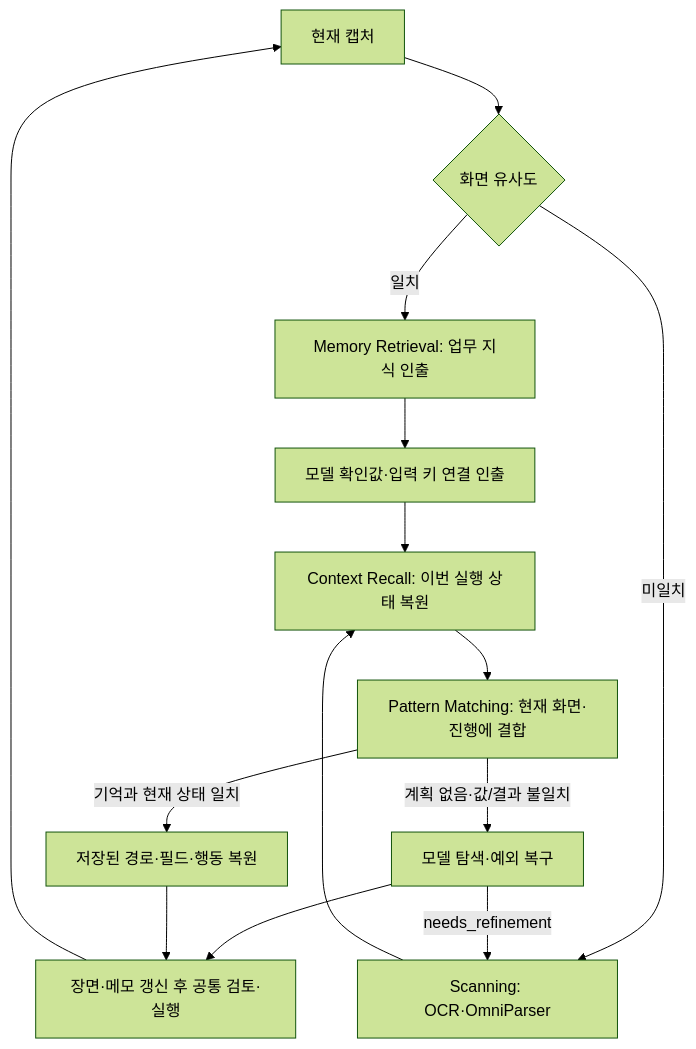
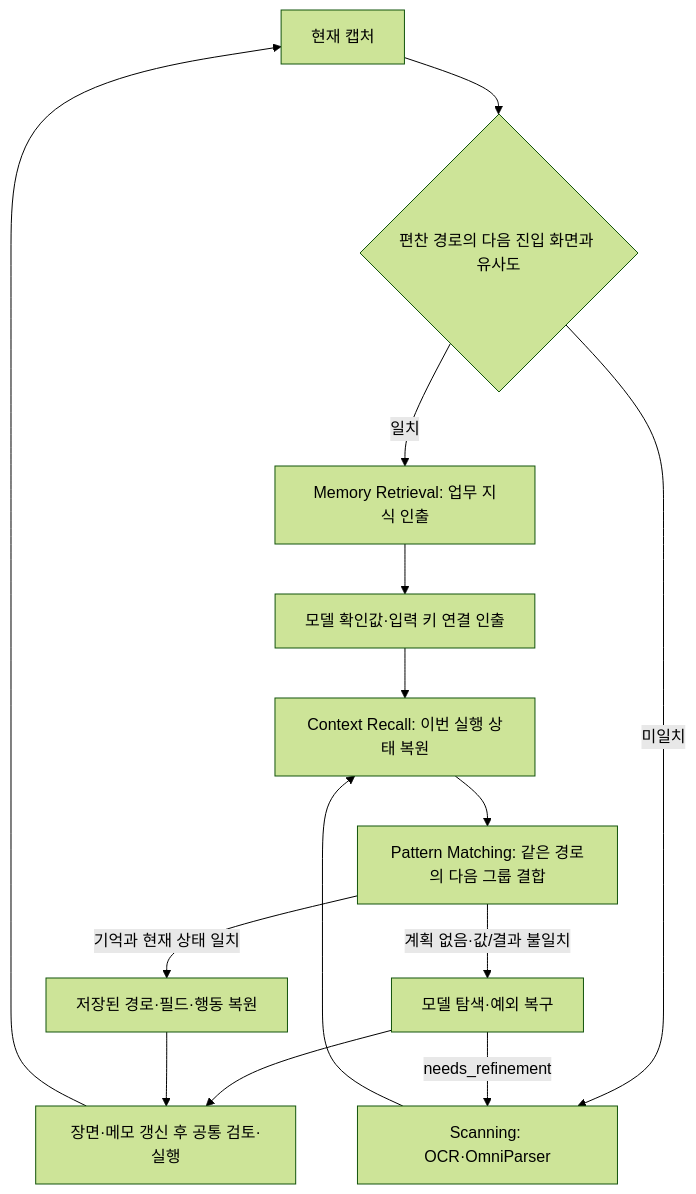
Before and after one commit to Dreamtreeme/agent-sawon: the third of 3 diagrams in docs/code-flow.md, drawn with Mermaid (forest theme). The commit also changed other lines of this file and 9 other files, not shown here.

````diff
--- a/docs/code-flow.md
+++ b/docs/code-flow.md
@@ -68,16 +68,16 @@
 ```mermaid
 flowchart TD
-    CAP[현재 캡처] --> SIM{화면 유사도}
+    CAP[현재 캡처] --> SIM{편찬 경로의 다음 진입 화면과 유사도}
     SIM -->|일치| MEM[Memory Retrieval: 업무 지식 인출]
     SIM -->|미일치| SCAN[Scanning: OCR·OmniParser]
     MEM --> VALUES[모델 확인값·입력 키 연결 인출]
     VALUES --> RECALL[Context Recall: 이번 실행 상태 복원]
     SCAN --> RECALL
-    RECALL --> MATCH[Pattern Matching: 현재 화면·진행에 결합]
+    RECALL --> MATCH[Pattern Matching: 같은 경로의 다음 그룹 결합]
     MATCH -->|기억과 현재 상태 일치| RESTORE[저장된 경로·필드·행동 복원]
     MATCH -->|계획 없음·값/결과 불일치| DECIDE[모델 탐색·예외 복구]
     DECIDE -->|needs_refinement| SCAN
     DECIDE --> EXEC[장면·메모 갱신 후 공통 검토·실행]
     RESTORE --> EXEC
     EXEC --> CAP
 ```
````
